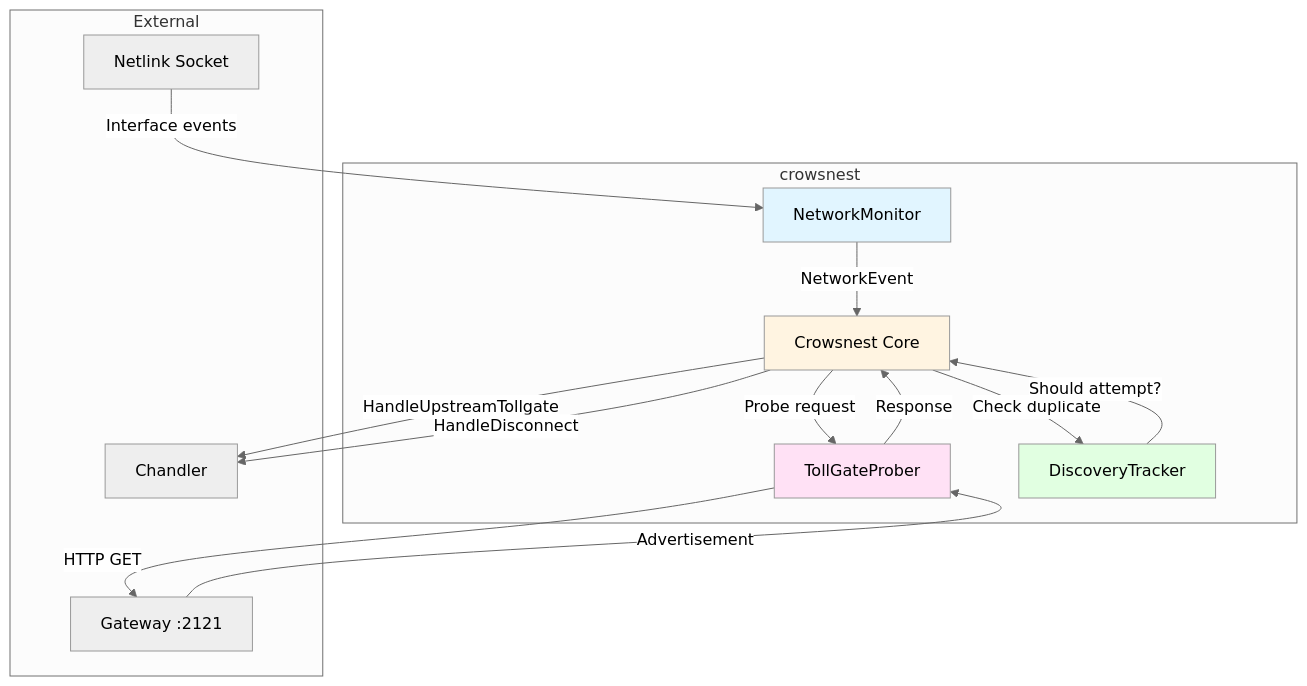
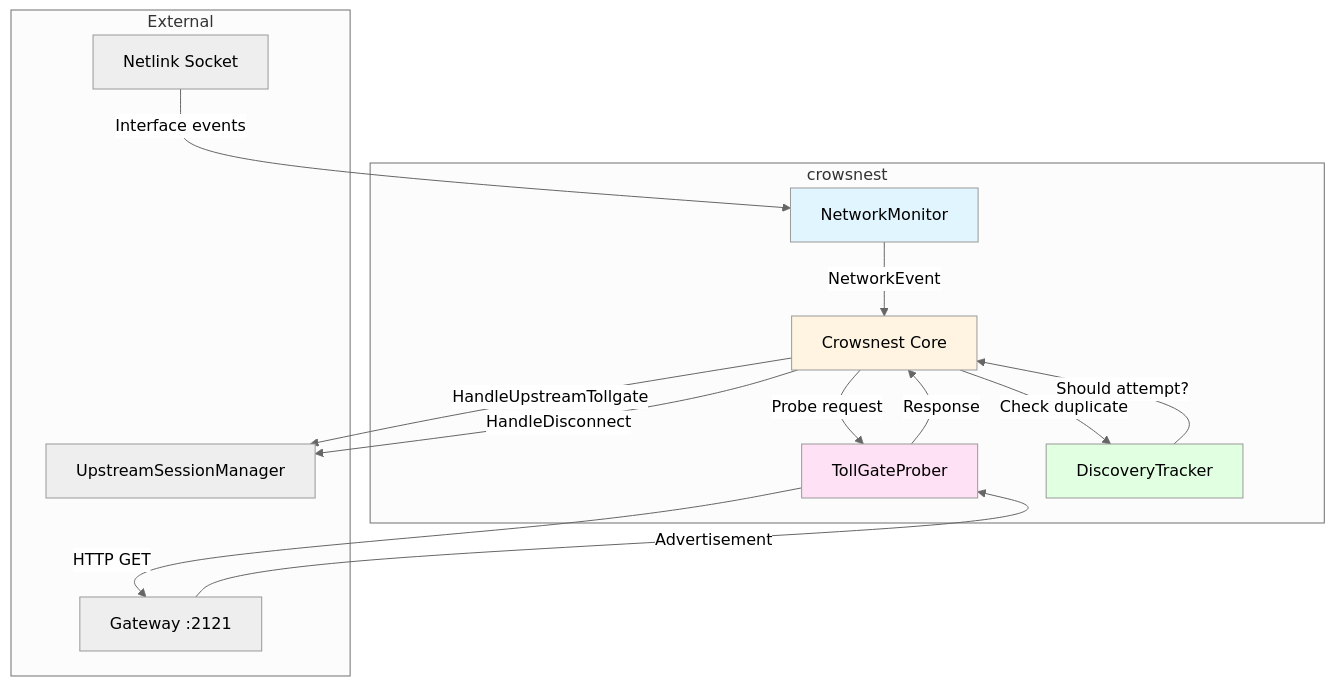
The first of 5 diagrams in docs/crowsnest.md (OpenTollGate/tollgate-module-basic-go), drawn with Mermaid (neutral theme) before and after one commit. The commit also changed other lines of this file and 24 other files, not shown here.

First line of the commit message:
rename chandler → upstream_session_manager

````diff
--- a/docs/crowsnest.md
+++ b/docs/crowsnest.md
@@ -17,31 +17,31 @@
 ```mermaid
 graph TB
     subgraph crowsnest
         CS[Crowsnest Core]
         NM[NetworkMonitor]
         TP[TollGateProber]
         DT[DiscoveryTracker]
     end
     
     subgraph External
         NL[Netlink Socket]
         GW[Gateway :2121]
-        CH[Chandler]
+        CH[UpstreamSessionManager]
     end
     
     NL -->|Interface events| NM
     NM -->|NetworkEvent| CS
     CS -->|Probe request| TP
     TP -->|HTTP GET| GW
     GW -->|Advertisement| TP
     TP -->|Response| CS
     CS -->|Check duplicate| DT
     DT -->|Should attempt?| CS
     CS -->|HandleUpstreamTollgate| CH
     CS -->|HandleDisconnect| CH
     
     style CS fill:#fff4e1
     style NM fill:#e1f5ff
     style TP fill:#ffe1f5
     style DT fill:#e1ffe1
 ```
````
